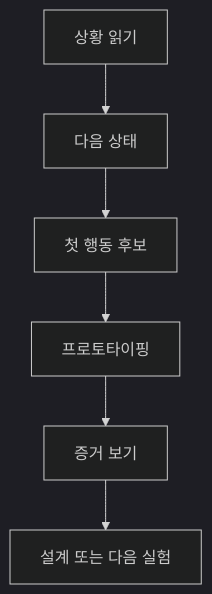
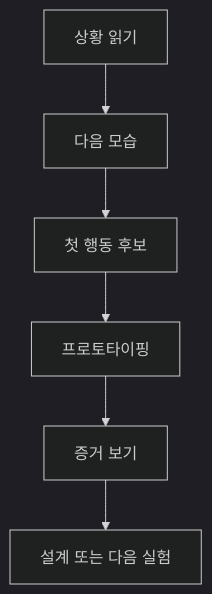
Before and after one commit to haegyung/lectureguide: the first of 2 diagrams in urban-prototyping-coach/student-guide.md, drawn with Mermaid (dark theme). The commit also changed other lines of this file and 43 other files, not shown here.

````diff
--- a/urban-prototyping-coach/student-guide.md
+++ b/urban-prototyping-coach/student-guide.md
@@ -229,8 +285,8 @@
 ```mermaid
 flowchart TD
-  a1["상황 읽기"] --> a2["다음 상태"]
+  a1["상황 읽기"] --> a2["다음 모습"]
   a2 --> a3["첫 행동 후보"]
   a3 --> a4["프로토타이핑"]
   a4 --> a5["증거 보기"]
   a5 --> a6["설계 또는 다음 실험"]
 ```
````
